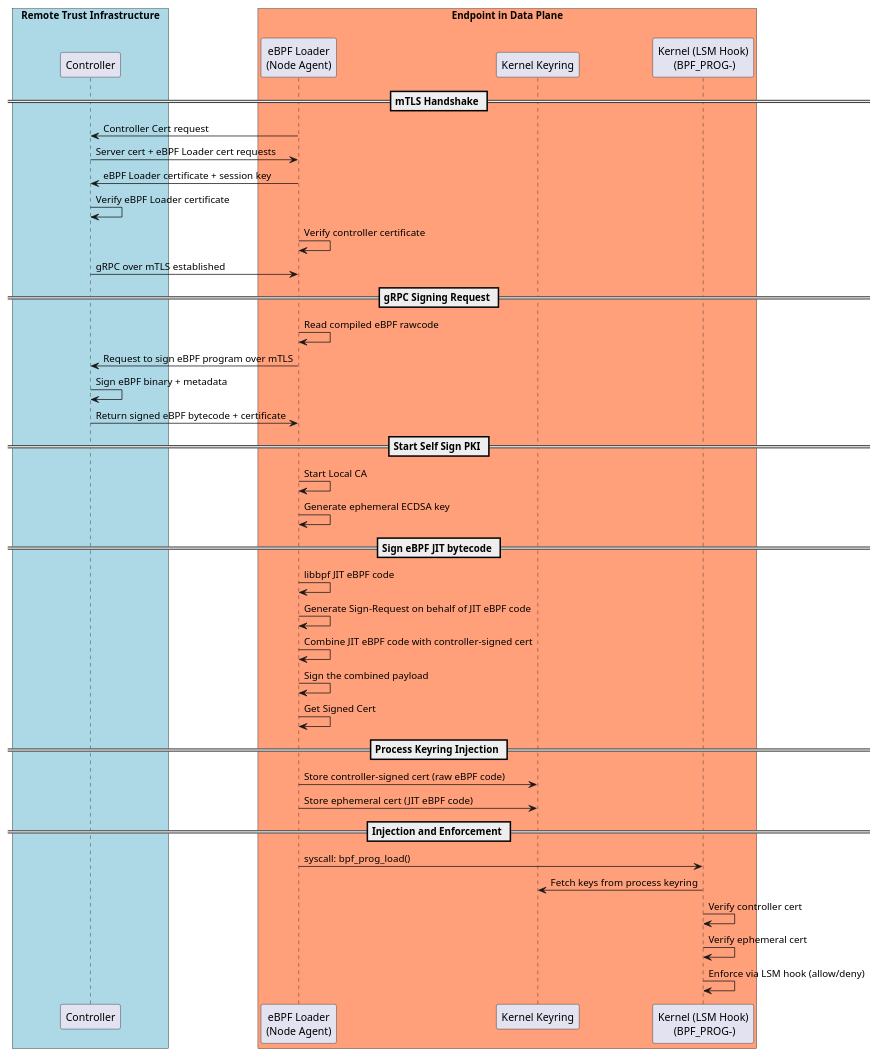
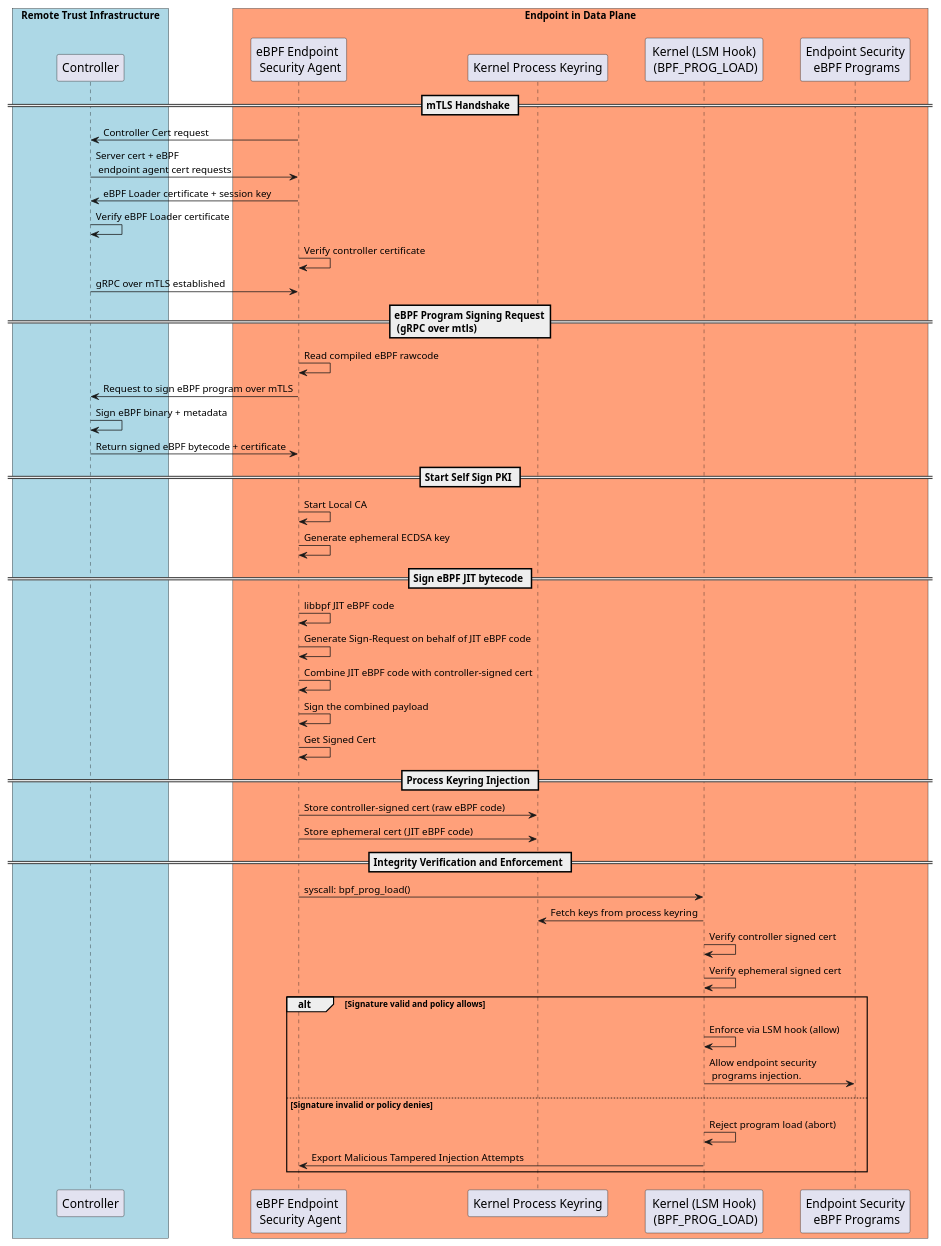
The diagram in docs/crypto/crypto.puml (Synarcs/Data-Exfiltration-Security-Framework), drawn with PlantUML before and after one commit. The commit also changed 113 other files, not shown here.

Commit message:
updated spdx license identifier && configured addon options for endpoint security agent

```diff
--- a/docs/crypto/crypto.puml
+++ b/docs/crypto/crypto.puml
@@ -1,56 +1,73 @@
 @startuml
 !pragma teoz true
 ' Set the skin parameters
 skinparam rectangle {
   BackgroundColor White
   BorderColor Black
 }
 
+skinparam sequence {
+    ParticipantFontSize 16
+  MessageFontSize 18
+  TitleFontSize 18
+  ParticipantPadding 20
+  LifeLineStrategy solid
+}
+
 box "Remote Trust Infrastructure" #LightBlue
   participant Controller
 end box
 
 box "Endpoint in Data Plane\n" #LightSalmon
-  participant "eBPF Loader\n(Node Agent)" as Loader
-  participant "Kernel Keyring" as Keyring
-  participant "Kernel (LSM Hook)\n (BPF_PROG-)" as Kernel
+  participant "eBPF Endpoint \n Security Agent" as Loader
+  participant "Kernel Process Keyring" as Keyring
+  participant "Kernel (LSM Hook)\n (BPF_PROG_LOAD)" as Kernel
+  participant "Endpoint Security\n eBPF Programs" as Kernel_Enforced_Endpoint_Security
 end box
 
 == mTLS Handshake ==
 Loader -> Controller : Controller Cert request
-Controller -> Loader : Server cert + eBPF Loader cert requests
+Controller -> Loader : Server cert + eBPF\n endpoint agent cert requests
 Loader -> Controller : eBPF Loader certificate + session key
 Controller -> Controller : Verify eBPF Loader certificate
 Loader -> Loader  : Verify controller certificate 
 Controller -> Loader : gRPC over mTLS established
 
-== gRPC Signing Request ==
+== eBPF Program Signing Request\n (gRPC over mtls) ==
 Loader -> Loader : Read compiled eBPF rawcode
 Loader -> Controller : Request to sign eBPF program over mTLS
 Controller -> Controller : Sign eBPF binary + metadata
 Controller -> Loader : Return signed eBPF bytecode + certificate
 
 == Start Self Sign PKI == 
 Loader -> Loader : Start Local CA
 Loader -> Loader : Generate ephemeral ECDSA key
 
 == Sign eBPF JIT bytecode ==
 Loader -> Loader : libbpf JIT eBPF code
 Loader -> Loader : Generate Sign-Request on behalf of JIT eBPF code
 Loader -> Loader : Combine JIT eBPF code with controller-signed cert
 Loader -> Loader : Sign the combined payload
 Loader -> Loader : Get Signed Cert
 ' Loader -> Loader : Bind cert to process (session keying)
 
 == Process Keyring Injection ==
 Loader -> Keyring : Store controller-signed cert (raw eBPF code)
 Loader -> Keyring : Store ephemeral cert  (JIT eBPF code)
 
-== Injection and Enforcement ==
+== Integrity Verification and Enforcement ==
 Loader -> Kernel : syscall: bpf_prog_load()
 Kernel -> Keyring : Fetch keys from process keyring
-Kernel -> Kernel : Verify controller cert 
-Kernel -> Kernel : Verify ephemeral cert
-Kernel -> Kernel : Enforce via LSM hook (allow/deny)
+Kernel -> Kernel : Verify controller signed cert 
+Kernel -> Kernel : Verify ephemeral signed cert
+
+alt Signature valid and policy allows
+  ' Kernel -> Kernel_Enforced_Endpoint_Security : Inject and monitor
+  Kernel -> Kernel : Enforce via LSM hook (allow)
+  Kernel -> Kernel_Enforced_Endpoint_Security : Allow endpoint security \n programs injection.
+else Signature invalid or policy denies
+  Kernel -> Kernel : Reject program load (abort)
+  Kernel -> Loader : Export Malicious Tampered Injection Attempts
+end
 
 @enduml
```
